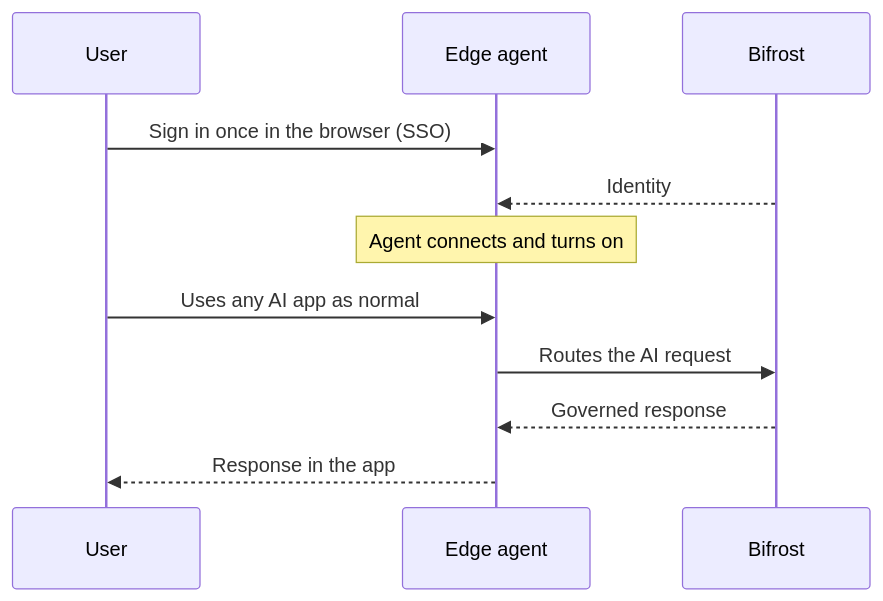
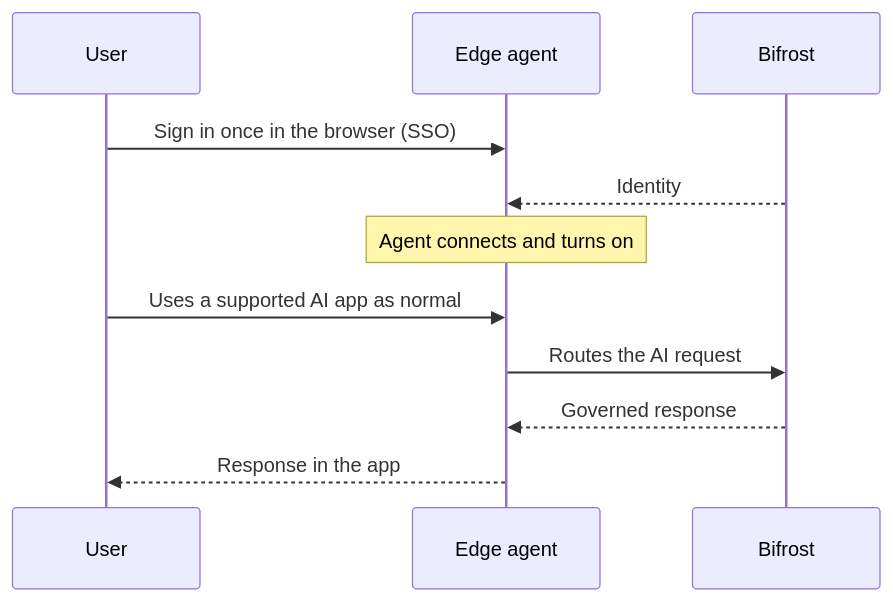
One commit to maximhq/bifrost changed the diagram in docs/edge/how-it-works.mdx. Above: the diagram before and after it, drawn with Mermaid. The commit also changed other lines of this file and 10 other files, not shown here.

````diff
--- a/docs/edge/how-it-works.mdx
+++ b/docs/edge/how-it-works.mdx
@@ -9,13 +9,13 @@
 ```mermaid
 sequenceDiagram
     participant U as User
     participant E as Edge agent
     participant B as Bifrost
     U->>E: Sign in once in the browser (SSO)
     B-->>E: Identity
     Note over E: Agent connects and turns on
-    U->>E: Uses any AI app as normal
+    U->>E: Uses a supported AI app as normal
     E->>B: Routes the AI request
     B-->>E: Governed response
     E-->>U: Response in the app
 ```
````
